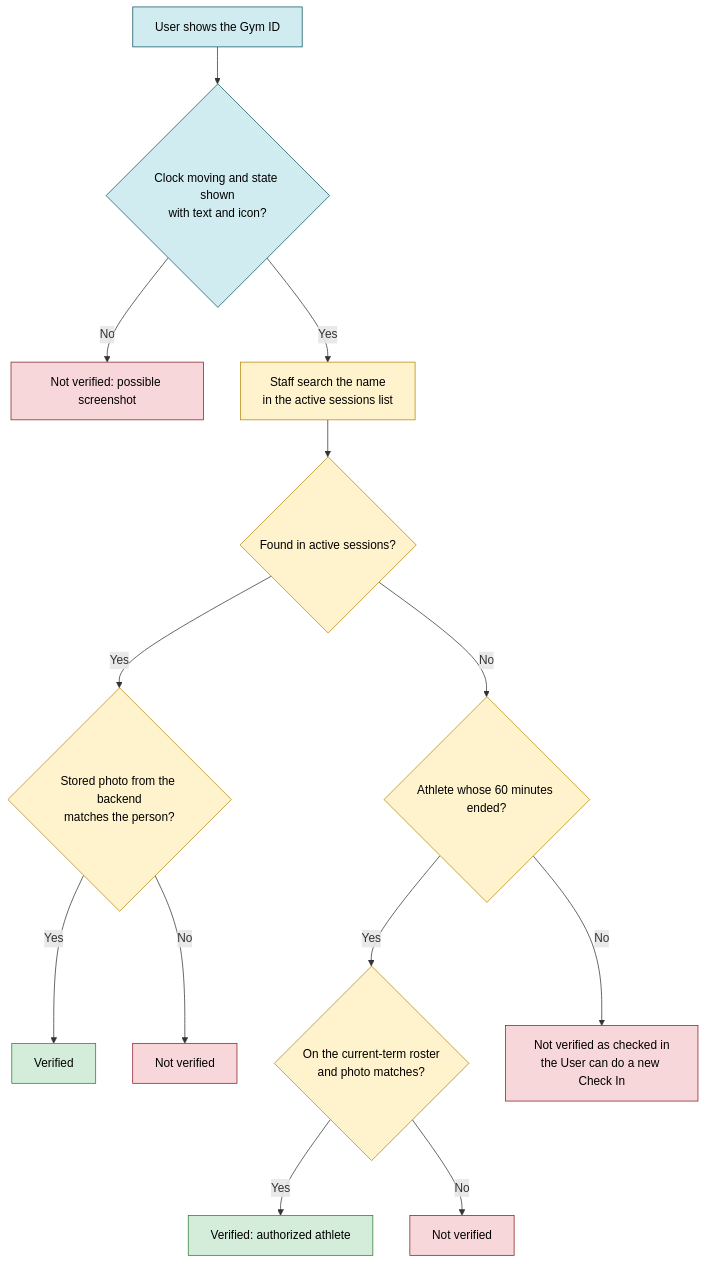
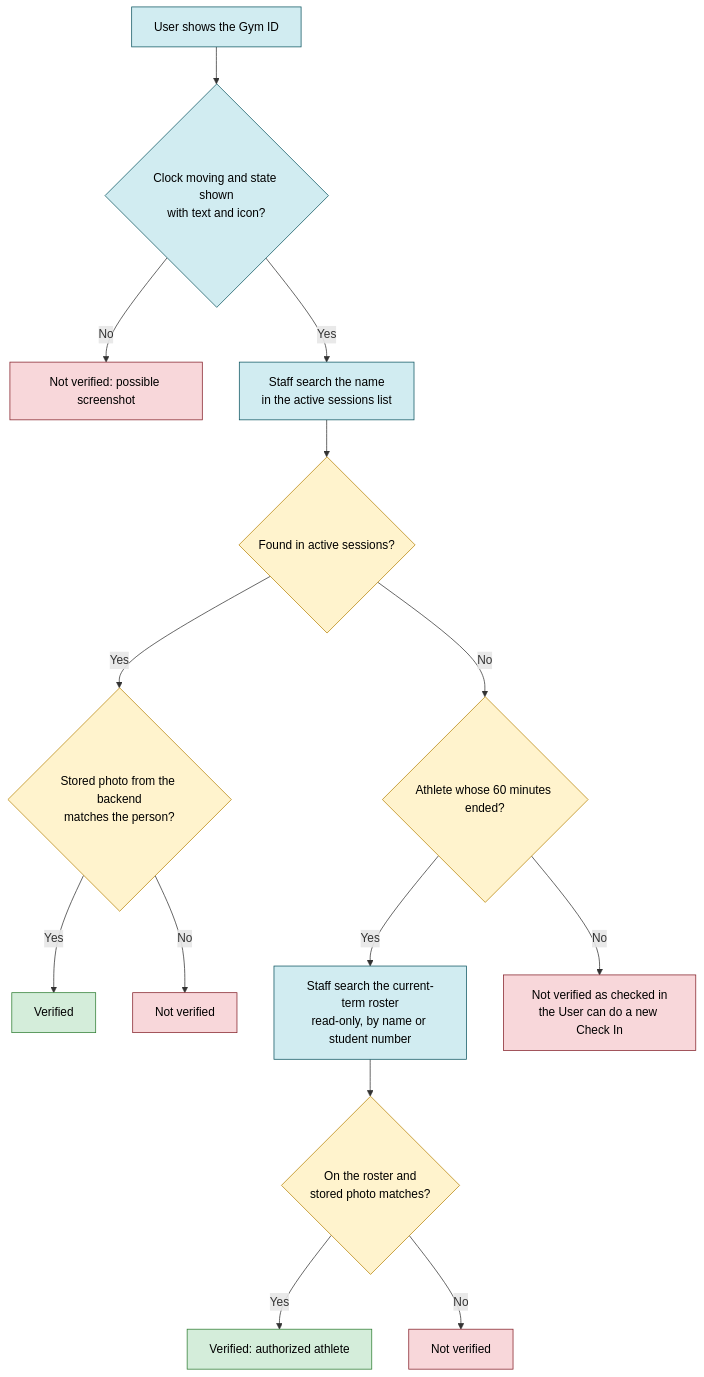
One commit to Th3-Minorities/natatorio-gym-app changed the tenth of 10 diagrams in docs/design/check-in-flows.md. Above: the diagram before and after it, drawn with Mermaid. The commit also changed other lines of this file, not shown here.

Commit message:
Let Staff check the roster during Check In verification

````diff
--- a/docs/design/check-in-flows.md
+++ b/docs/design/check-in-flows.md
@@ -272,24 +301,25 @@
 ```mermaid
 flowchart TD
   A["User shows the Gym ID"] --> B{"Clock moving and state shown<br/>with text and icon?"}
   B -- "No" --> X1["Not verified: possible screenshot"]
   B -- "Yes" --> C["Staff search the name<br/>in the active sessions list"]
   C --> D{"Found in active sessions?"}
   D -- "Yes" --> E{"Stored photo from the backend<br/>matches the person?"}
   E -- "Yes" --> OK["Verified"]
   E -- "No" --> X2["Not verified"]
   D -- "No" --> F{"Athlete whose 60 minutes ended?"}
-  F -- "Yes" --> G{"On the current-term roster<br/>and photo matches?"}
-  G -- "Yes" --> OK2["Verified: authorized athlete"]
-  G -- "No" --> X3["Not verified"]
+  F -- "Yes" --> G["Staff search the current-term roster<br/>read-only, by name or student number"]
+  G --> H{"On the roster and<br/>stored photo matches?"}
+  H -- "Yes" --> OK2["Verified: authorized athlete"]
+  H -- "No" --> X3["Not verified"]
   F -- "No" --> X4["Not verified as checked in<br/>the User can do a new Check In"]
 
   classDef staff fill:#d1ecf1,stroke:#0c5460,color:#000
   classDef back fill:#fff3cd,stroke:#b8860b,color:#000
   classDef reject fill:#f8d7da,stroke:#842029,color:#000
   classDef ok fill:#d4edda,stroke:#2e7d32,color:#000
-  class A,B staff
-  class C,D,E,F,G back
+  class A,B,C,G staff
+  class D,E,F,H back
   class X1,X2,X3,X4 reject
   class OK,OK2 ok
 ```
````
